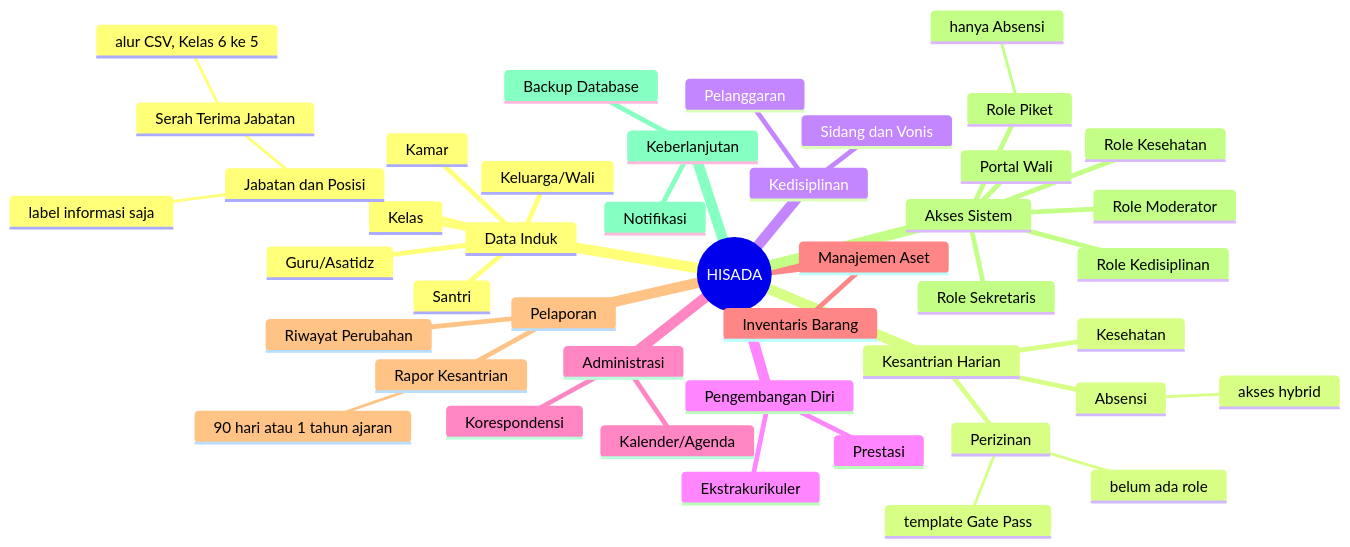
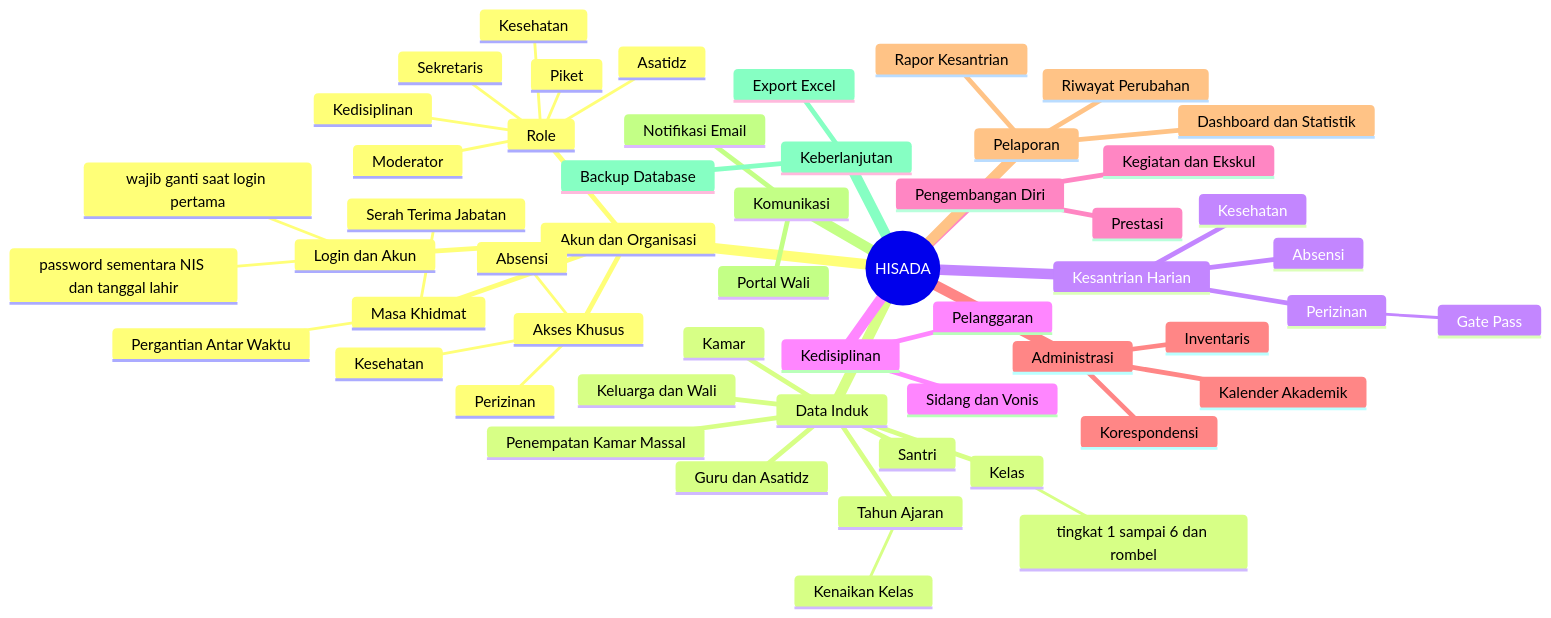
Before and after one commit to SiJao/ProjectJao: the first of 7 diagrams in README.md, drawn with Mermaid. The commit also changed other lines of this file, not shown here.

First line of the commit message:
README: rangkuman hasil desain sistem per modul (4 Okt 2026)

````diff
--- a/README.md
+++ b/README.md
@@ -20,47 +56,57 @@
 ```mermaid
 mindmap
   root((HISADA))
+    Akun dan Organisasi
+      Login dan Akun
+        password sementara NIS dan tanggal lahir
+        wajib ganti saat login pertama
+      Role
+        Piket
+        Kesehatan
+        Kedisiplinan
+        Sekretaris
+        Asatidz
+        Moderator
+      Akses Khusus
+        Absensi
+        Kesehatan
+        Perizinan
+      Masa Khidmat
+        Serah Terima Jabatan
+        Pergantian Antar Waktu
     Data Induk
       Santri
-      Guru/Asatidz
+      Guru dan Asatidz
       Kelas
+        tingkat 1 sampai 6 dan rombel
       Kamar
-      Keluarga/Wali
-      Jabatan dan Posisi
-        label informasi saja
-        Serah Terima Jabatan
-          alur CSV, Kelas 6 ke 5
+      Keluarga dan Wali
+      Tahun Ajaran
+        Kenaikan Kelas
+      Penempatan Kamar Massal
     Kesantrian Harian
       Absensi
-        akses hybrid
       Perizinan
-        belum ada role
-        template Gate Pass
+        Gate Pass
       Kesehatan
     Kedisiplinan
       Pelanggaran
       Sidang dan Vonis
     Pengembangan Diri
       Prestasi
-      Ekstrakurikuler
+      Kegiatan dan Ekskul
     Administrasi
       Korespondensi
-      Kalender/Agenda
-    Manajemen Aset
-      Inventaris Barang
+      Kalender Akademik
+      Inventaris
     Pelaporan
+      Dashboard dan Statistik
       Rapor Kesantrian
-        90 hari atau 1 tahun ajaran
       Riwayat Perubahan
-    Akses Sistem
-      Role Piket
-        hanya Absensi
-      Role Kesehatan
-      Role Kedisiplinan
-      Role Sekretaris
-      Role Moderator
+    Komunikasi
+      Notifikasi Email
       Portal Wali
     Keberlanjutan
       Backup Database
-      Notifikasi
+      Export Excel
 ```
````
